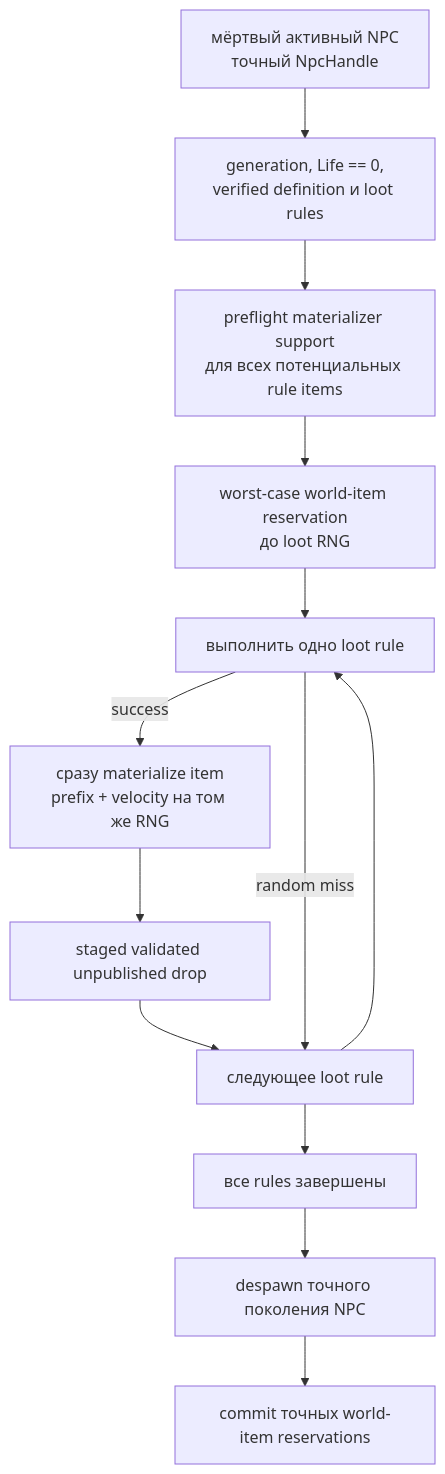
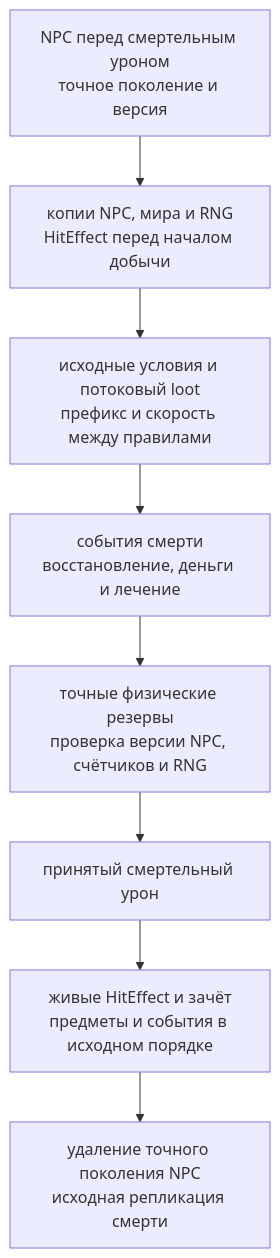
One commit to VegaKernel/TerraRuntime changed the diagram in docs/ru/npc-death-loot-finalization.md. Above: the diagram before and after it, drawn with Mermaid. The commit also changed other lines of this file and 134 other files, not shown here.

````diff
--- a/docs/ru/npc-death-loot-finalization.md
+++ b/docs/ru/npc-death-loot-finalization.md
@@ -7,15 +21,10 @@
 ```mermaid
 flowchart TD
-    Dead["мёртвый активный NPC\nточный NpcHandle"] --> Validate["generation, Life == 0,\nverified definition и loot rules"]
-    Validate --> Support["preflight materializer support\nдля всех потенциальных rule items"]
-    Support --> Capacity["worst-case world-item reservation\nдо loot RNG"]
-    Capacity --> Rule["выполнить одно loot rule"]
-    Rule -->|success| Materialize["сразу materialize item\nprefix + velocity на том же RNG"]
-    Materialize --> Stage["staged validated unpublished drop"]
-    Stage --> Next["следующее loot rule"]
-    Rule -->|random miss| Next
-    Next --> Rule
-    Next --> Done["все rules завершены"]
-    Done --> Despawn["despawn точного поколения NPC"]
-    Despawn --> Commit["commit точных world-item reservations"]
+    Validate["NPC перед смертельным уроном\nточное поколение и версия"] --> Preview["копии NPC, мира и RNG\nHitEffect перед началом добычи"]
+    Preview --> Rules["исходные условия и потоковый loot\nпрефикс и скорость между правилами"]
+    Rules --> Tail["события смерти\nвосстановление, деньги и лечение"]
+    Tail --> Reserve["точные физические резервы\nпроверка версии NPC, счётчиков и RNG"]
+    Reserve --> Damage["принятый смертельный урон"]
+    Damage --> Publish["живые HitEffect и зачёт\nпредметы и события в исходном порядке"]
+    Publish --> Despawn["удаление точного поколения NPC\nисходная репликация смерти"]
 ```
````
